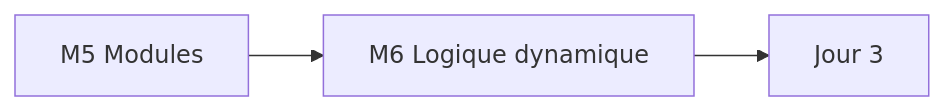
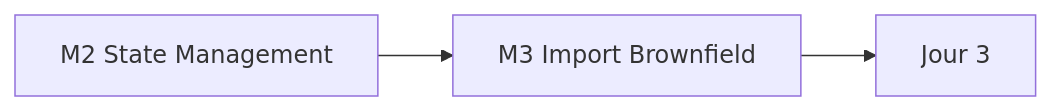
The diagram in courses/day-02/README.md (msellamiTN/data-plateform-iac), drawn with Mermaid before and after one commit. The commit also changed other lines of this file and 160 other files, not shown here.

Commit message:
Swap state management (M2/M3) and modules (M5/M6) between days 2 and 3, introduce Snowflake-only login mode for days 1-3, integrate FinOps into day 5 core curriculum, and update all cross-references and navigation links

````diff
--- a/courses/day-02/README.md
+++ b/courses/day-02/README.md
@@ -33,5 +37,5 @@
 ```mermaid
 flowchart LR
-    M5[M5 Modules] --> M6[M6 Logique dynamique]
-    M6 --> J3[Jour 3]
+    M2[M2 State Management] --> M3[M3 Import Brownfield]
+    M3 --> J3[Jour 3]
 ```
````
